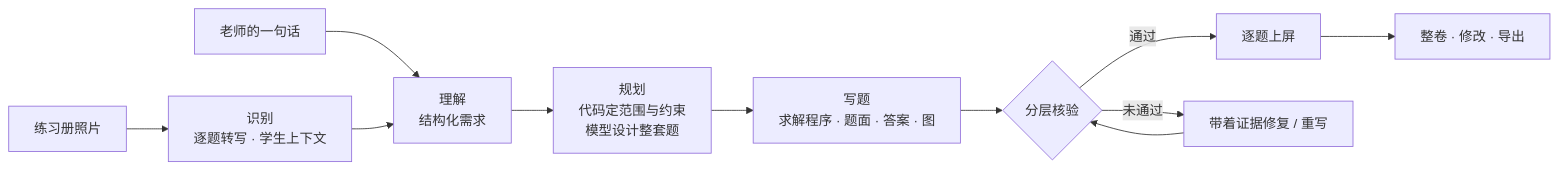
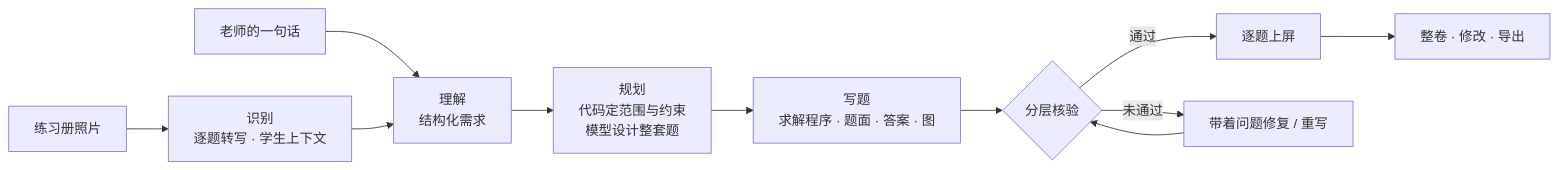
The diagram in README.md (Scorpioyyy/verichalk), drawn with Mermaid before and after one commit. The commit also changed other lines of this file, not shown here.

````diff
--- a/README.md
+++ b/README.md
@@ -66,11 +63,11 @@
 ```mermaid
 flowchart LR
   T["老师的一句话"] --> U["理解<br/>结构化需求"]
   P["练习册照片"] --> R["识别<br/>逐题转写 · 学生上下文"] --> U
   U --> PL["规划<br/>代码定范围与约束<br/>模型设计整套题"]
   PL --> W["写题<br/>求解程序 · 题面 · 答案 · 图"]
   W --> V{"分层核验"}
   V -- 通过 --> D["逐题上屏"]
-  V -- 未通过 --> F["带着证据修复 / 重写"] --> V
+  V -- 未通过 --> F["带着问题修复 / 重写"] --> V
   D --> E["整卷 · 修改 · 导出"]
 ```
````
